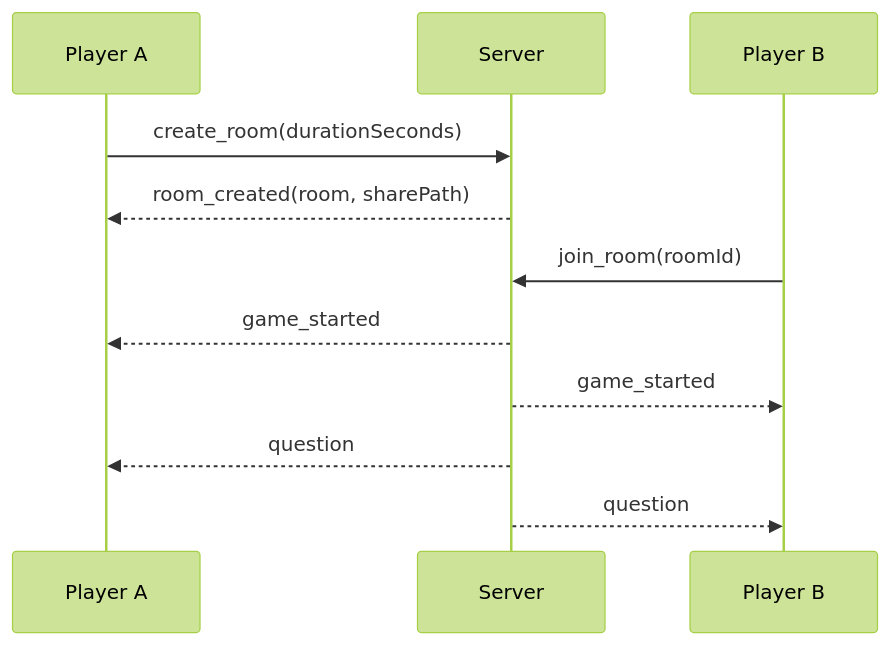
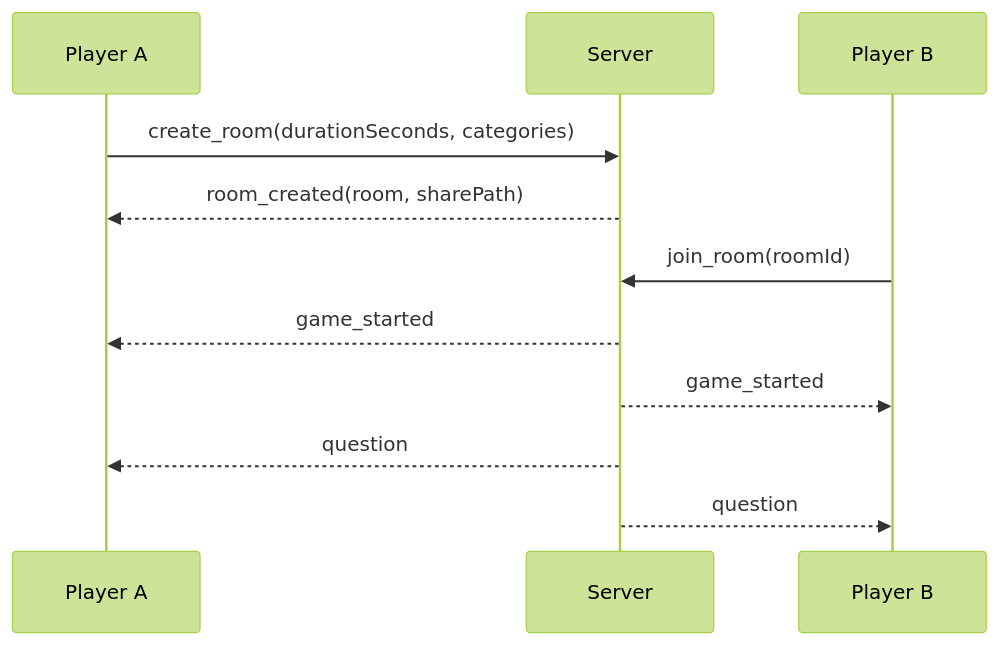
One commit to singhayush17/code-clash-v2 changed the second of 4 diagrams in docs/HLD.md. Above: the diagram before and after it, drawn with Mermaid (forest theme). The commit also changed other lines of this file and 7 other files, not shown here.

````diff
--- a/docs/HLD.md
+++ b/docs/HLD.md
@@ -55,13 +56,13 @@
 ```mermaid
 sequenceDiagram
   participant A as Player A
   participant S as Server
   participant B as Player B
-  A->>S: create_room(durationSeconds)
+  A->>S: create_room(durationSeconds, categories)
   S-->>A: room_created(room, sharePath)
   B->>S: join_room(roomId)
   S-->>A: game_started
   S-->>B: game_started
   S-->>A: question
   S-->>B: question
 ```
````
